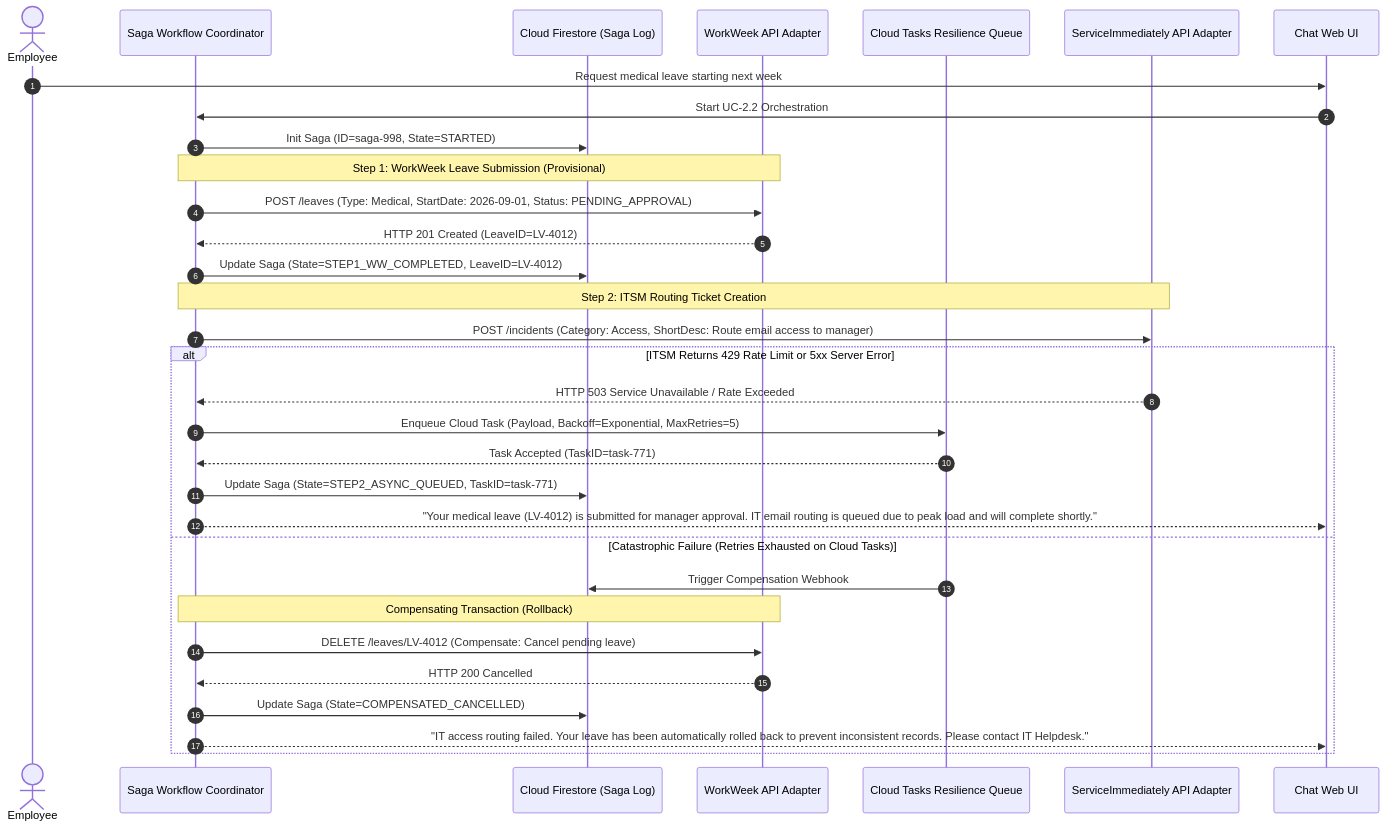
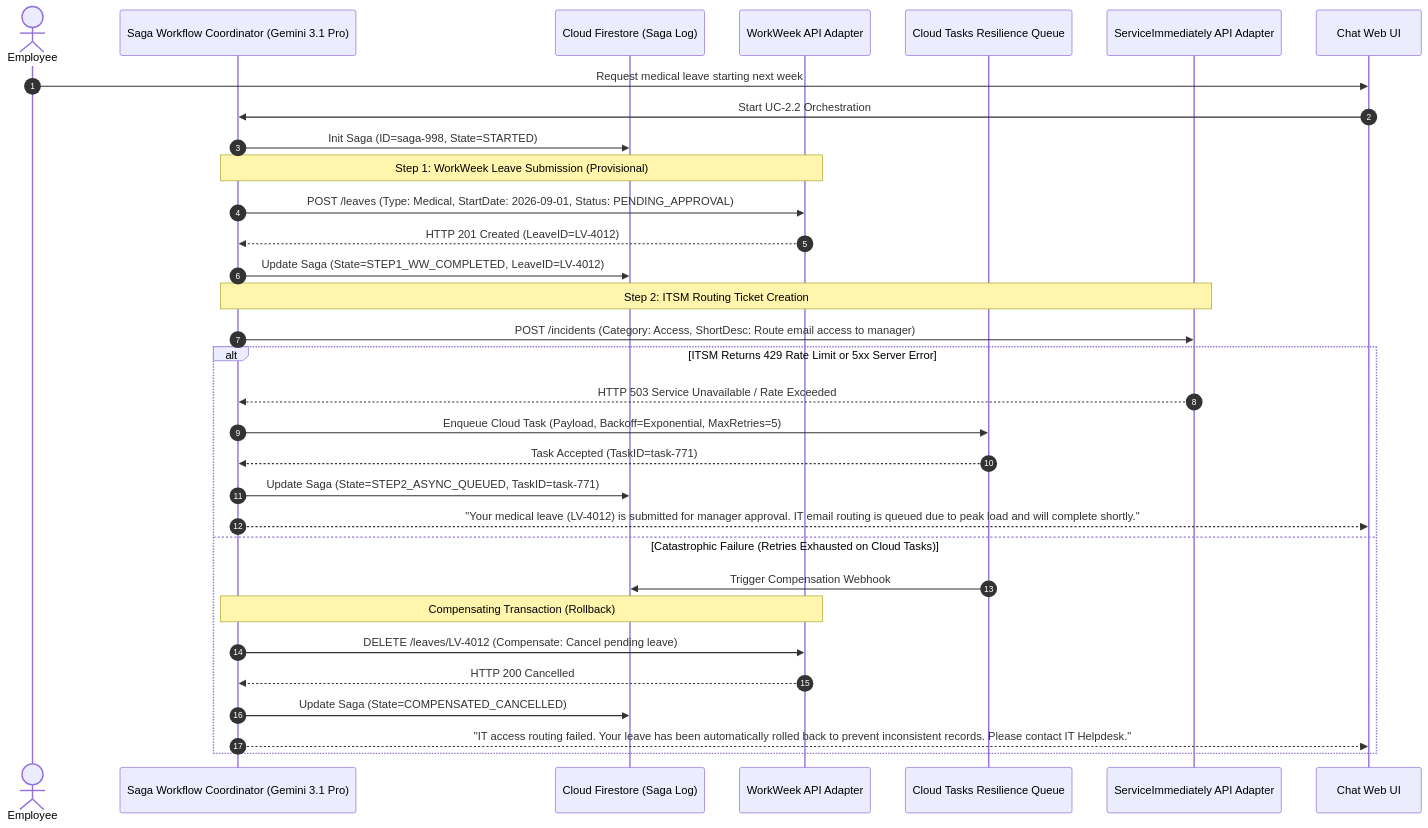
The sixth of 12 diagrams in Enterprise Agentic Solution Design Document - MVP 1.md (randyh0329/PRJ-ELEVATE-C1-G5), drawn with Mermaid before and after one commit. The commit also changed other lines of this file, not shown here.

````diff
--- a/Enterprise Agentic Solution Design Document - MVP 1.md
+++ b/Enterprise Agentic Solution Design Document - MVP 1.md
@@ -256,38 +257,38 @@
 ```mermaid
 sequenceDiagram
     autonumber
     actor User as Employee
-    participant Orch as Saga Workflow Coordinator
+    participant Orch as Saga Workflow Coordinator (Gemini 3.1 Pro)
     participant FS as Cloud Firestore (Saga Log)
     participant WW as WorkWeek API Adapter
     participant Tasks as Cloud Tasks Resilience Queue
     participant SI as ServiceImmediately API Adapter
     participant UI as Chat Web UI
 
     User->>UI: Request medical leave starting next week
     UI->>Orch: Start UC-2.2 Orchestration
     Orch->>FS: Init Saga (ID=saga-998, State=STARTED)
     
     Note over Orch, WW: Step 1: WorkWeek Leave Submission (Provisional)
     Orch->>WW: POST /leaves (Type: Medical, StartDate: 2026-09-01, Status: PENDING_APPROVAL)
     WW-->>Orch: HTTP 201 Created (LeaveID=LV-4012)
     Orch->>FS: Update Saga (State=STEP1_WW_COMPLETED, LeaveID=LV-4012)
     
     Note over Orch, SI: Step 2: ITSM Routing Ticket Creation
     Orch->>SI: POST /incidents (Category: Access, ShortDesc: Route email access to manager)
     
     alt ITSM Returns 429 Rate Limit or 5xx Server Error
         SI-->>Orch: HTTP 503 Service Unavailable / Rate Exceeded
         Orch->>Tasks: Enqueue Cloud Task (Payload, Backoff=Exponential, MaxRetries=5)
         Tasks-->>Orch: Task Accepted (TaskID=task-771)
         Orch->>FS: Update Saga (State=STEP2_ASYNC_QUEUED, TaskID=task-771)
         Orch-->>UI: "Your medical leave (LV-4012) is submitted for manager approval. IT email routing is queued due to peak load and will complete shortly."
     else Catastrophic Failure (Retries Exhausted on Cloud Tasks)
         Tasks->>FS: Trigger Compensation Webhook
         Note over Orch, WW: Compensating Transaction (Rollback)
         Orch->>WW: DELETE /leaves/LV-4012 (Compensate: Cancel pending leave)
         WW-->>Orch: HTTP 200 Cancelled
         Orch->>FS: Update Saga (State=COMPENSATED_CANCELLED)
         Orch-->>UI: "IT access routing failed. Your leave has been automatically rolled back to prevent inconsistent records. Please contact IT Helpdesk."
     end
 ```
````
